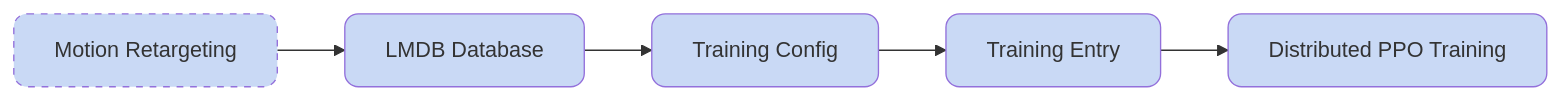
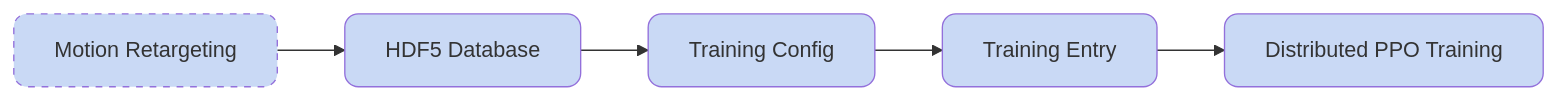
The diagram in docs/train_motion_tracking.md (HorizonRobotics/HoloMotion), drawn with Mermaid before and after one commit. The commit also changed other lines of this file and 248 other files, not shown here.

````diff
--- a/docs/train_motion_tracking.md
+++ b/docs/train_motion_tracking.md
@@ -7,12 +7,12 @@
 ```mermaid
 flowchart LR
-A[Motion Retargeting] --> B[LMDB Database]
+A[Motion Retargeting] --> B[HDF5 Database]
 B --> C[Training Config]
 C --> D[Training Entry]
 D --> E[Distributed PPO Training]
 
 classDef dashed stroke-dasharray: 5 5, rx:10, ry:10, fill:#c9d9f5
 classDef normal fill:#c9d9f5, rx:10, ry:10
 class A dashed
 class B,C,D,E normal
 ```
````
